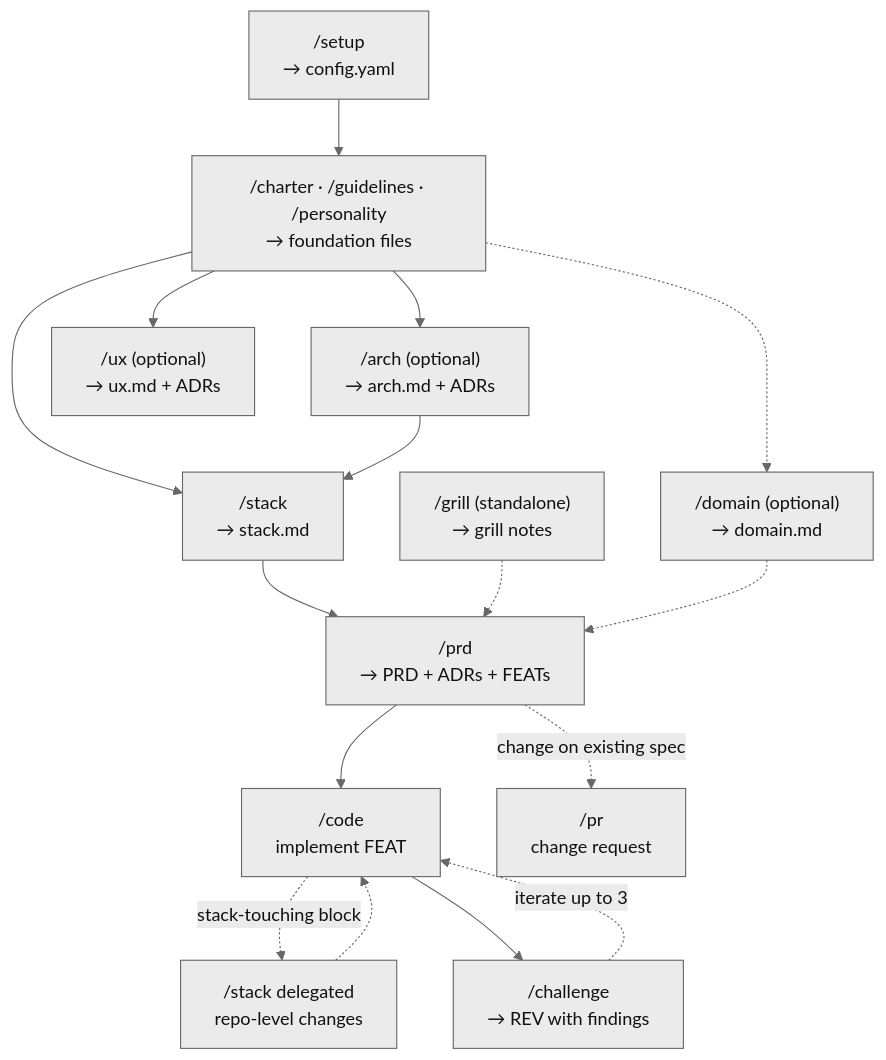
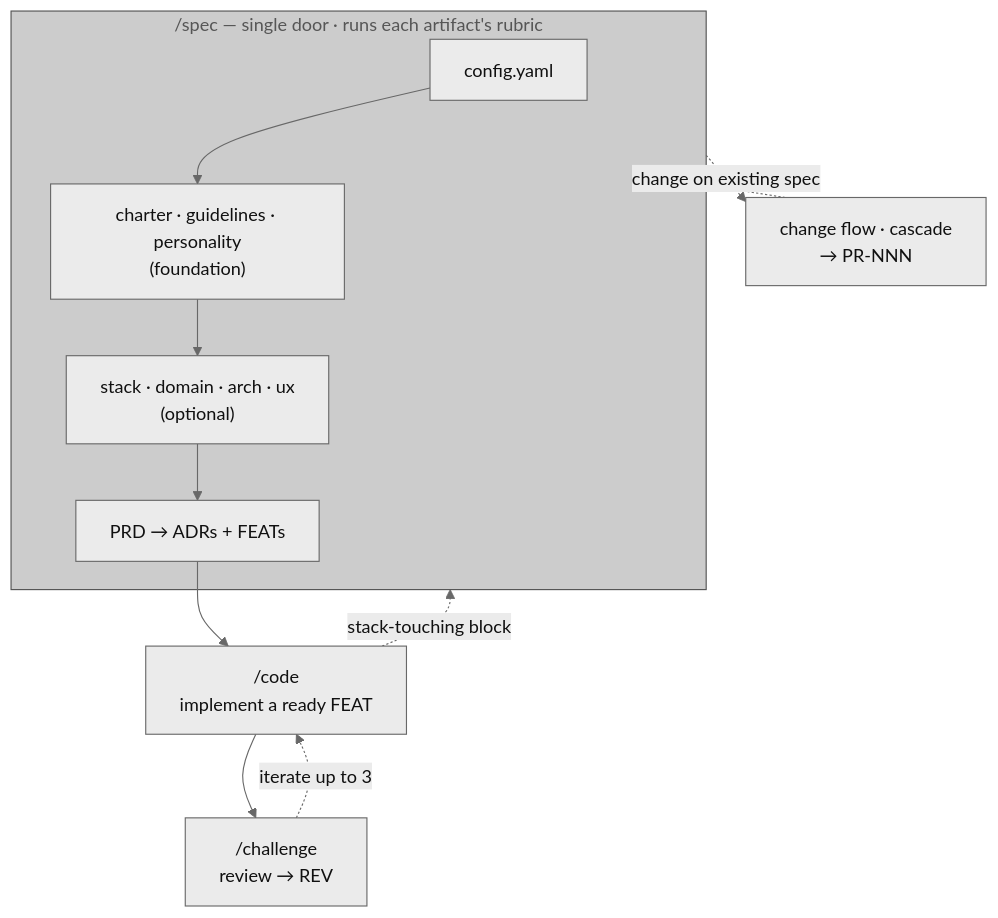
Before and after one commit to ccosming/skills: the diagram in README.md, drawn with Mermaid. The commit also changed other lines of this file, not shown here.

First line of the commit message:
docs(readme): reflect the spec orchestrator dissolution

````diff
--- a/README.md
+++ b/README.md
@@ -49,32 +55,21 @@
 ```mermaid
 %%{init: {'theme':'base','themeVariables':{'primaryColor':'#ebebeb','primaryBorderColor':'#686868','primaryTextColor':'#101010','lineColor':'#686868','secondaryColor':'#cccccc','tertiaryColor':'#a9a9a9','clusterBkg':'#cccccc','clusterBorder':'#525252','edgeLabelBackground':'#ebebeb'}}}%%
 flowchart TD
-    Setup["/setup<br/>→ config.yaml"]
-    Found["/charter · /guidelines · /personality<br/>→ foundation files"]
-    Arch["/arch (optional)<br/>→ arch.md + ADRs"]
-    UX["/ux (optional)<br/>→ ux.md + ADRs"]
-    Domain["/domain (optional)<br/>→ domain.md"]
-    Stack["/stack<br/>→ stack.md"]
-    Grill["/grill (standalone)<br/>→ grill notes"]
-    PRD["/prd<br/>→ PRD + ADRs + FEATs"]
-    Code["/code<br/>implement FEAT"]
-    StackDel["/stack delegated<br/>repo-level changes"]
-    Challenge["/challenge<br/>→ REV with findings"]
-    PR["/pr<br/>change request"]
+    subgraph Spec["/spec — single door · runs each artifact's rubric"]
+        Config["config.yaml"]
+        Found["charter · guidelines · personality<br/>(foundation)"]
+        Opt["stack · domain · arch · ux<br/>(optional)"]
+        PRD["PRD → ADRs + FEATs"]
+        Config --> Found --> Opt --> PRD
+    end
+    Code["/code<br/>implement a ready FEAT"]
+    Challenge["/challenge<br/>review → REV"]
+    Change["change flow · cascade<br/>→ PR-NNN"]
 
-    Setup --> Found
-    Found --> Arch
-    Found --> UX
-    Found --> Stack
-    Arch --> Stack
-    Found -.-> Domain
-    Stack --> PRD
-    Grill -.-> PRD
-    Domain -.-> PRD
     PRD --> Code
-    Code -.->|stack-touching block| StackDel
-    StackDel -.-> Code
+    Code -.->|stack-touching block| Spec
     Code --> Challenge
     Challenge -.->|iterate up to 3| Code
-    PRD -.->|change on existing spec| PR
+    Spec -.->|change on existing spec| Change
+    Change -.-> Spec
 ```
````
